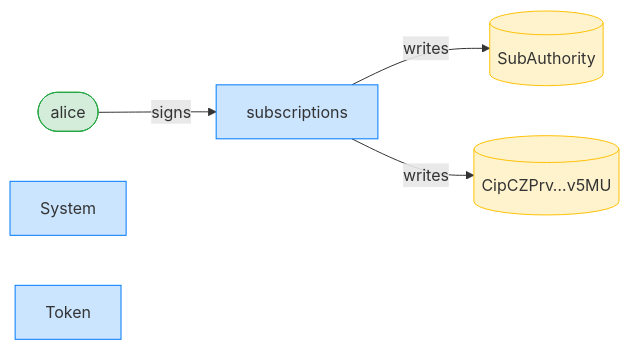
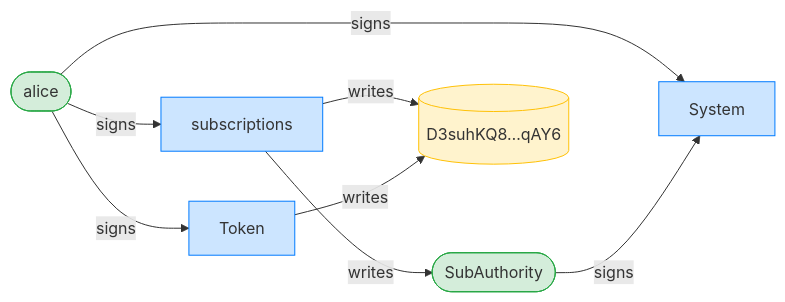
One commit to cds-rs/subscriptions changed the third of 4 diagrams in dsl_tests/a-non-owner-cannot-close-the-authority.md. Above: the diagram before and after it, drawn with Mermaid. The commit also changed other lines of this file and 224 other files, not shown here.

````diff
--- a/dsl_tests/a-non-owner-cannot-close-the-authority.md
+++ b/dsl_tests/a-non-owner-cannot-close-the-authority.md
@@ -53,15 +54,19 @@
 ```mermaid
 flowchart LR
     classDef signer fill:#d4edda,stroke:#28a745;
     classDef program fill:#cce5ff,stroke:#007bff;
     classDef writable fill:#fff3cd,stroke:#ffc107;
     subscriptions[subscriptions]:::program
     alice([alice]):::signer
-    SubAuthority[(SubAuthority)]:::writable
-    CipCZPrv_v5MU[("CipCZPrv…v5MU")]:::writable
+    SubAuthority([SubAuthority]):::signer
+    D3suhKQ8_qAY6[("D3suhKQ8…qAY6")]:::writable
     System[System]:::program
     Token[Token]:::program
     alice -->|signs| subscriptions
+    alice -->|signs| System
+    SubAuthority -->|signs| System
+    alice -->|signs| Token
     subscriptions -->|writes| SubAuthority
-    subscriptions -->|writes| CipCZPrv_v5MU
+    subscriptions -->|writes| D3suhKQ8_qAY6
+    Token -->|writes| D3suhKQ8_qAY6
 ```
````
